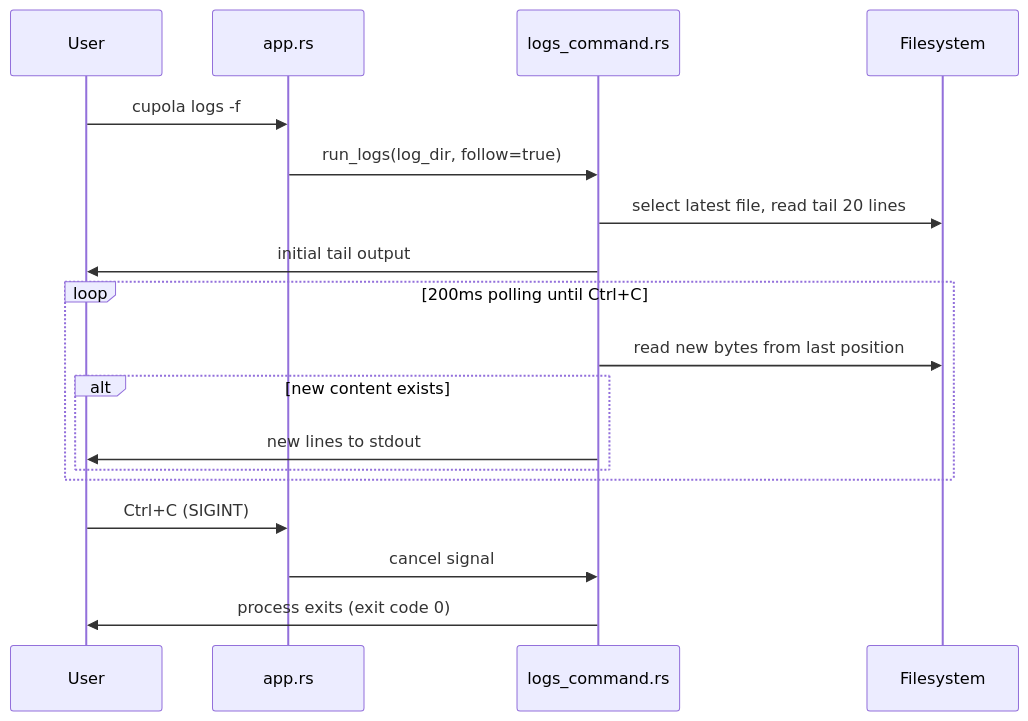
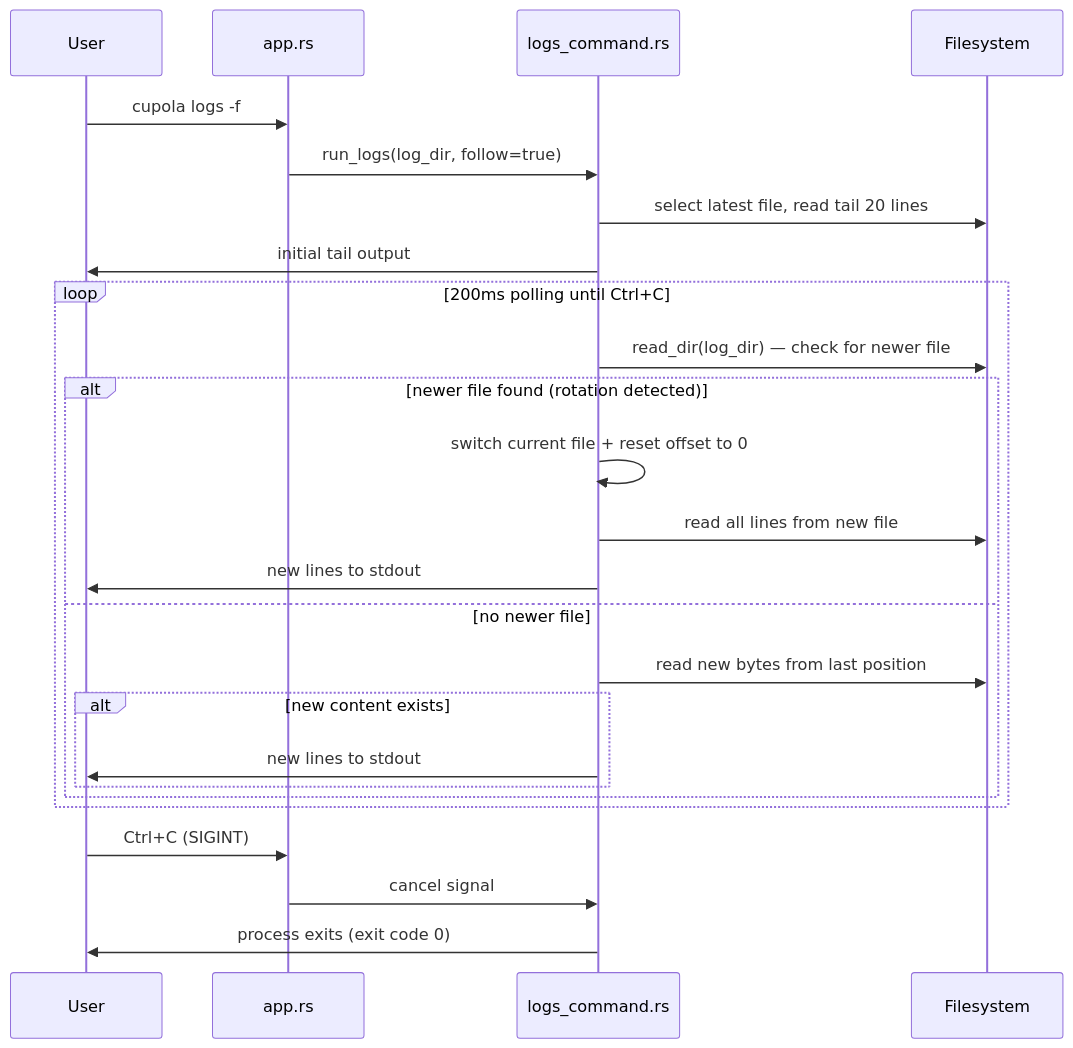
Before and after one commit to kyuki3rain/cupola: the third of 3 diagrams in .cupola/specs/logs-command/design.md, drawn with Mermaid. The commit also changed other lines of this file, not shown here.

````diff
--- a/.cupola/specs/logs-command/design.md
+++ b/.cupola/specs/logs-command/design.md
@@ -106,21 +106,28 @@
 ```mermaid
 sequenceDiagram
     participant User
     participant App as app.rs
     participant Logs as logs_command.rs
     participant FS as Filesystem
 
     User->>App: cupola logs -f
     App->>Logs: run_logs(log_dir, follow=true)
     Logs->>FS: select latest file, read tail 20 lines
     Logs->>User: initial tail output
     loop 200ms polling until Ctrl+C
-        Logs->>FS: read new bytes from last position
-        alt new content exists
+        Logs->>FS: read_dir(log_dir) — check for newer file
+        alt newer file found (rotation detected)
+            Logs->>Logs: switch current file + reset offset to 0
+            Logs->>FS: read all lines from new file
             Logs->>User: new lines to stdout
+        else no newer file
+            Logs->>FS: read new bytes from last position
+            alt new content exists
+                Logs->>User: new lines to stdout
+            end
         end
     end
     User->>App: Ctrl+C (SIGINT)
     App->>Logs: cancel signal
     Logs->>User: process exits (exit code 0)
 ```
````
